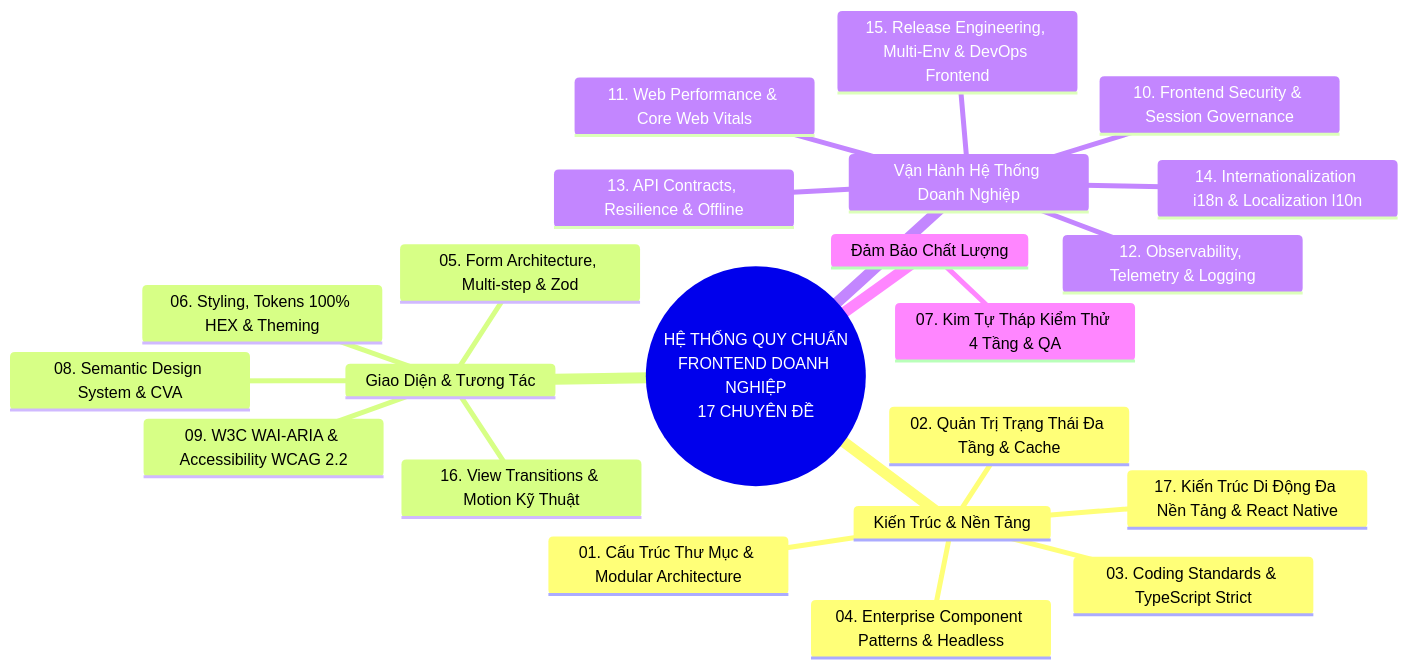
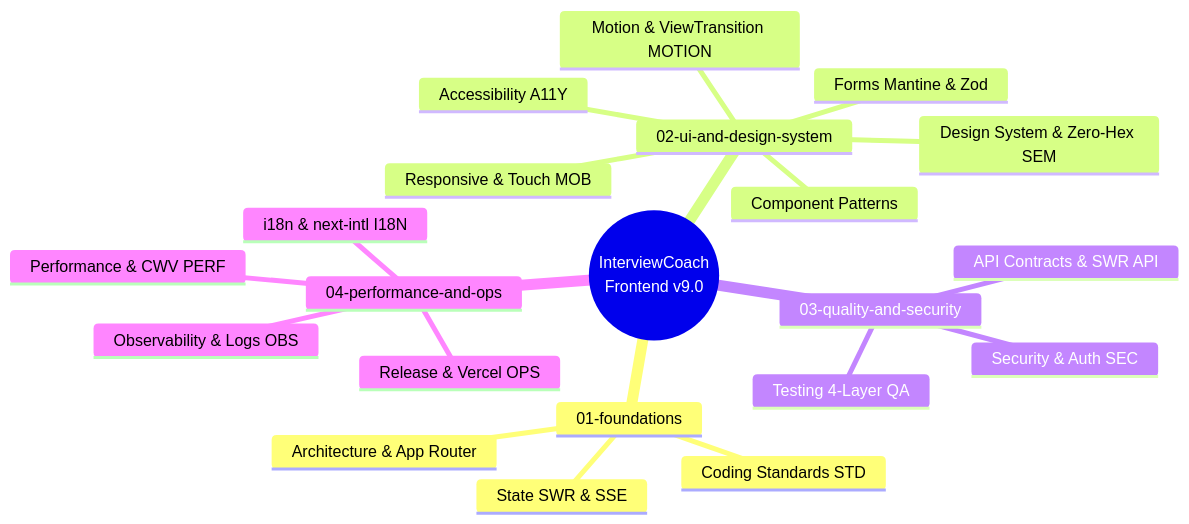
One commit to lethanhan01/interview-coach changed the first of 2 diagrams in client/docs/docs/README.md. Above: the diagram before and after it, drawn with Mermaid. The commit also changed other lines of this file and 39 other files, not shown here.

````diff
--- a/client/docs/docs/README.md
+++ b/client/docs/docs/README.md
@@ -37,25 +37,24 @@
 ```mermaid
 mindmap
-  root((HỆ THỐNG QUY CHUẨN<br/>FRONTEND DOANH NGHIỆP<br/>17 CHUYÊN ĐỀ))
-    Kiến Trúc & Nền Tảng
-      01. Cấu Trúc Thư Mục & Modular Architecture
-      02. Quản Trị Trạng Thái Đa Tầng & Cache
-      03. Coding Standards & TypeScript Strict
-      04. Enterprise Component Patterns & Headless
-      17. Kiến Trúc Di Động Đa Nền Tảng & React Native
-    Giao Diện & Tương Tác
-      05. Form Architecture, Multi-step & Zod
-      06. Styling, Tokens 100% HEX & Theming
-      08. Semantic Design System & CVA
-      09. W3C WAI-ARIA & Accessibility WCAG 2.2
-      16. View Transitions & Motion Kỹ Thuật
-    Vận Hành Hệ Thống Doanh Nghiệp
-      10. Frontend Security & Session Governance
-      11. Web Performance & Core Web Vitals
-      12. Observability, Telemetry & Logging
-      13. API Contracts, Resilience & Offline
-      14. Internationalization i18n & Localization l10n
-      15. Release Engineering, Multi-Env & DevOps Frontend
-    Đảm Bảo Chất Lượng
-      07. Kim Tự Tháp Kiểm Thử 4 Tầng & QA
+  root((InterviewCoach<br/>Frontend v9.0))
+    01-foundations
+      Architecture & App Router
+      Coding Standards STD
+      State SWR & SSE
+    02-ui-and-design-system
+      Component Patterns
+      Forms Mantine & Zod
+      Design System & Zero-Hex SEM
+      Accessibility A11Y
+      Motion & ViewTransition MOTION
+      Responsive & Touch MOB
+    03-quality-and-security
+      Testing 4-Layer QA
+      API Contracts & SWR API
+      Security & Auth SEC
+    04-performance-and-ops
+      Performance & CWV PERF
+      Observability & Logs OBS
+      i18n & next-intl I18N
+      Release & Vercel OPS
 ```
````
